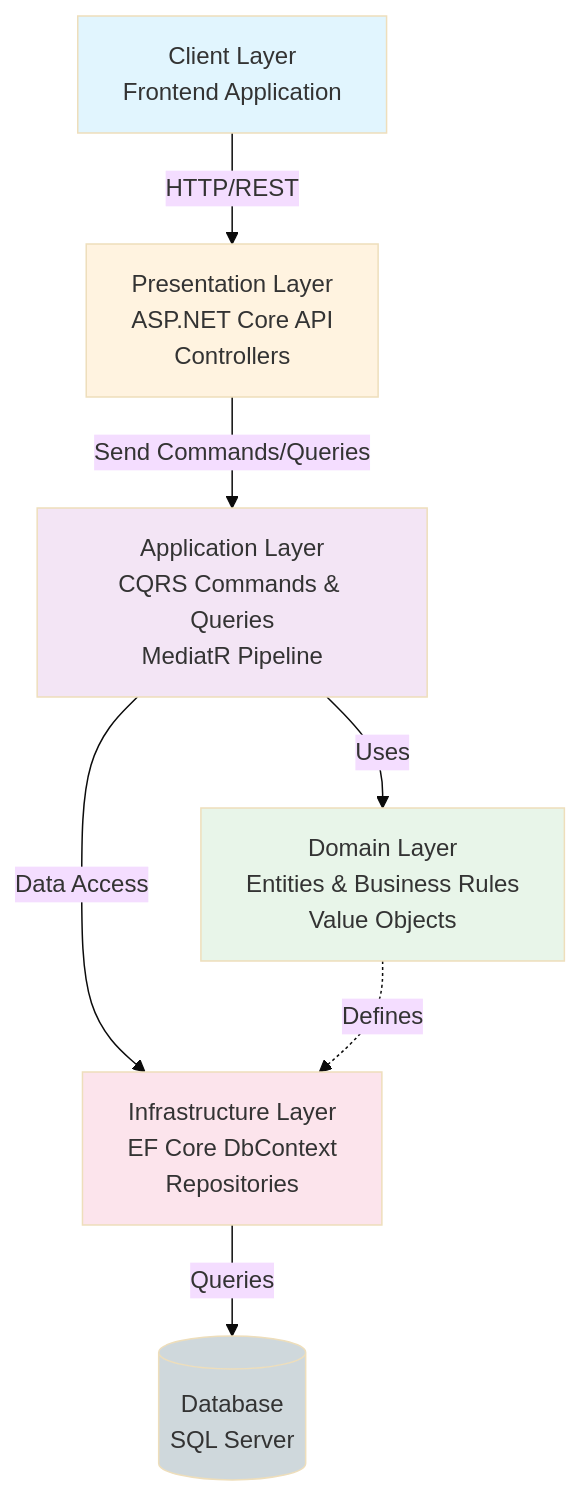
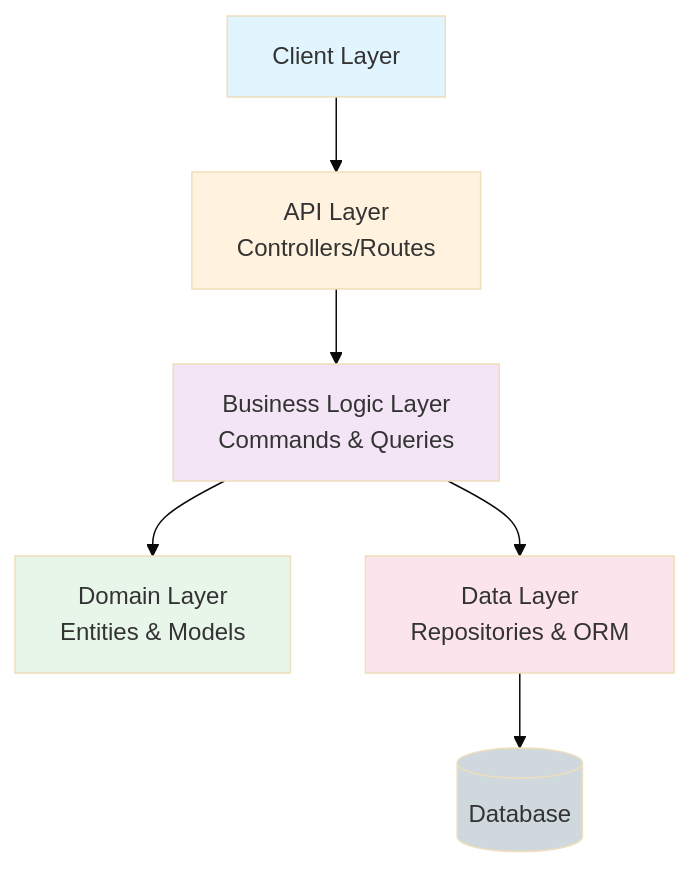
The first of 2 diagrams in testmapper.md (dbrijesh/uptime), drawn with Mermaid (base theme) before and after one commit. The commit also changed other lines of this file, not shown here.

````diff
--- a/testmapper.md
+++ b/testmapper.md
@@ -56,23 +44,22 @@
 ```mermaid
 graph TB
-    Client[Client Layer<br/>Frontend Application]
-    API[Presentation Layer<br/>ASP.NET Core API<br/>Controllers]
-    App[Application Layer<br/>CQRS Commands & Queries<br/>MediatR Pipeline]
-    Domain[Domain Layer<br/>Entities & Business Rules<br/>Value Objects]
-    Infra[Infrastructure Layer<br/>EF Core DbContext<br/>Repositories]
-    DB[(Database<br/>SQL Server)]
+    Client[Client Layer]
+    API[API Layer<br/>Controllers/Routes]
+    Business[Business Logic Layer<br/>Commands & Queries]
+    Domain[Domain Layer<br/>Entities & Models]
+    Data[Data Layer<br/>Repositories & ORM]
+    DB[(Database)]
 
-    Client -->|HTTP/REST| API
-    API -->|Send Commands/Queries| App
-    App -->|Uses| Domain
-    App -->|Data Access| Infra
-    Infra -->|Queries| DB
-    Domain -.->|Defines| Infra
+    Client --> API
+    API --> Business
+    Business --> Domain
+    Business --> Data
+    Data --> DB
 
     style Client fill:#e1f5fe
     style API fill:#fff3e0
-    style App fill:#f3e5f5
+    style Business fill:#f3e5f5
     style Domain fill:#e8f5e9
-    style Infra fill:#fce4ec
+    style Data fill:#fce4ec
     style DB fill:#cfd8dc
 ```
````
